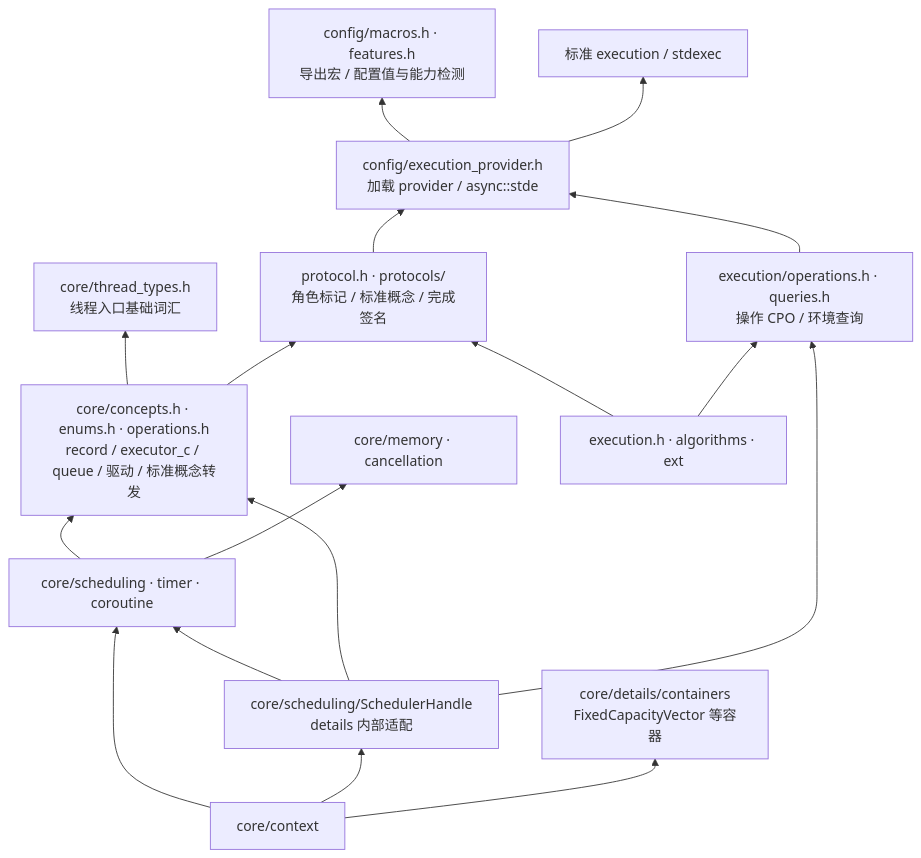
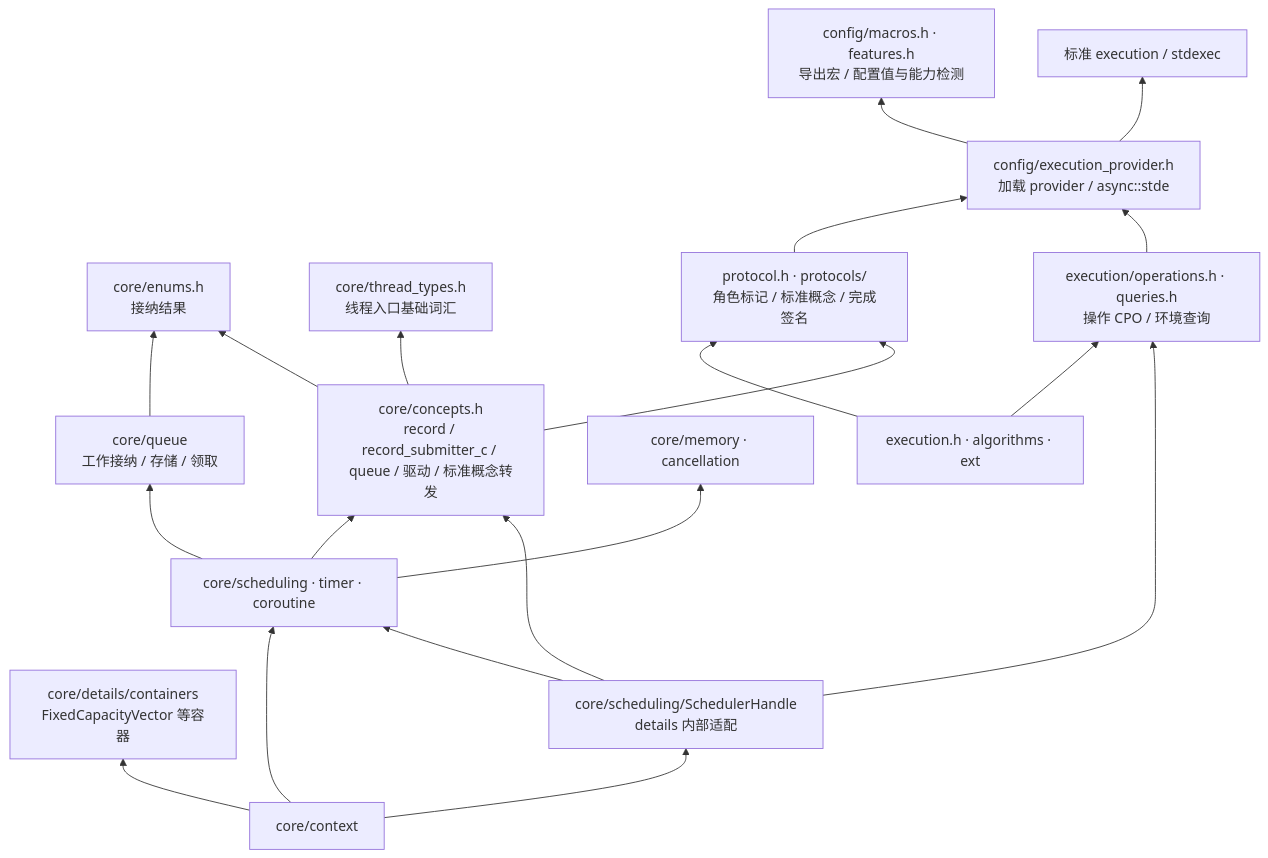
One commit to mmmmmcree/async changed the first of 4 diagrams in CORE_DESIGN.md. Above: the diagram before and after it, drawn with Mermaid. The commit also changed other lines of this file and 44 other files, not shown here.

````diff
--- a/CORE_DESIGN.md
+++ b/CORE_DESIGN.md
@@ -43,32 +43,37 @@
 ```mermaid
 flowchart BT
-    P["core/concepts.h · enums.h · operations.h<br/>record / executor_c / queue / 驱动 / 标准概念转发"]
+    P["core/concepts.h<br/>record / record_submitter_c / queue / 驱动 / 标准概念转发"]
+    B["core/enums.h<br/>接纳结果"]
+    Q["core/queue<br/>工作接纳 / 存储 / 领取"]
     T["core/thread_types.h<br/>线程入口基础词汇"]
     M["core/memory · cancellation"]
     K["core/details/containers<br/>FixedCapacityVector 等容器"]
     R["core/scheduling · timer · coroutine"]
     C["core/context"]
     EP["protocol.h · protocols/<br/>角色标记 / 标准概念 / 完成签名"]
     O["execution/operations.h · queries.h<br/>操作 CPO / 环境查询"]
     E["execution.h · algorithms · ext"]
     F["config/execution_provider.h<br/>加载 provider / async::stde"]
     FM["config/macros.h · features.h<br/>导出宏 / 配置值与能力检测"]
     S["标准 execution / stdexec"]
     A["core/scheduling/SchedulerHandle<br/>details 内部适配"]
     R --> P
+    R --> Q
+    Q --> B
+    P --> B
     P --> T
     R --> M
     C --> R
     C --> A
     C --> K
     E --> EP
     E --> O
     EP --> F
     O --> F
     F --> FM
     F --> S
     P --> EP
     A --> R
     A --> P
     A --> O
 ```
````
